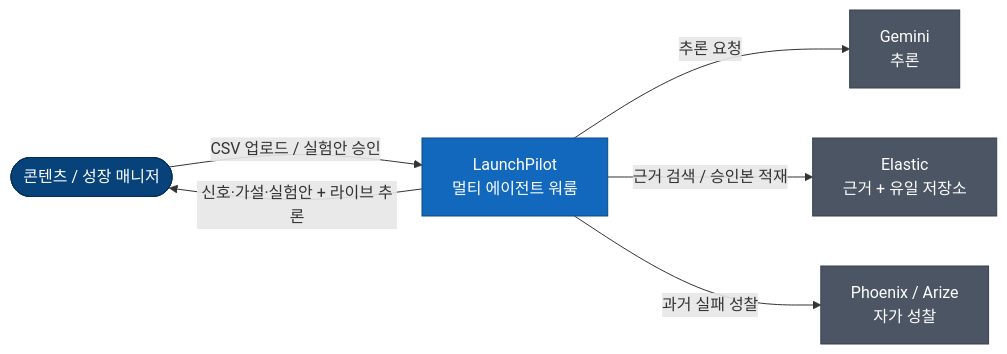
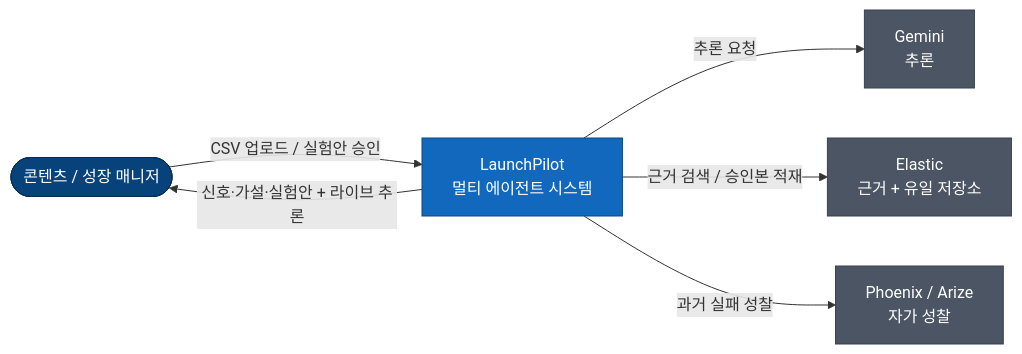
One commit to bbororo5/google_rapid_agent_hackaton changed the diagram in docs/architecture/overview.md. Above: the diagram before and after it, drawn with Mermaid. The commit also changed other lines of this file and 5 other files, not shown here.

First line of the commit message:
@ docs(architecture): rewrite ADRs as standardized records + overview

````diff
--- a/docs/architecture/overview.md
+++ b/docs/architecture/overview.md
@@ -21,18 +17,18 @@
 ```mermaid
 graph LR
   classDef person fill:#08427b,stroke:#052e56,color:#fff;
   classDef internal fill:#1168bd,stroke:#0b4884,color:#fff;
   classDef external fill:#4b5563,stroke:#374151,color:#fff;
 
   User(["콘텐츠 / 성장 매니저"]):::person
-  LP["LaunchPilot<br/>멀티 에이전트 워룸"]:::internal
+  LP["LaunchPilot<br/>멀티 에이전트 시스템"]:::internal
   Gemini["Gemini<br/>추론"]:::external
   Elastic["Elastic<br/>근거 + 유일 저장소"]:::external
   Phoenix["Phoenix / Arize<br/>자가 성찰"]:::external
 
   User -- "CSV 업로드 / 실험안 승인" --> LP
   LP -- "추론 요청" --> Gemini
   LP -- "근거 검색 / 승인본 적재" --> Elastic
   LP -- "과거 실패 성찰" --> Phoenix
   LP -- "신호·가설·실험안 + 라이브 추론" --> User
 ```
````
